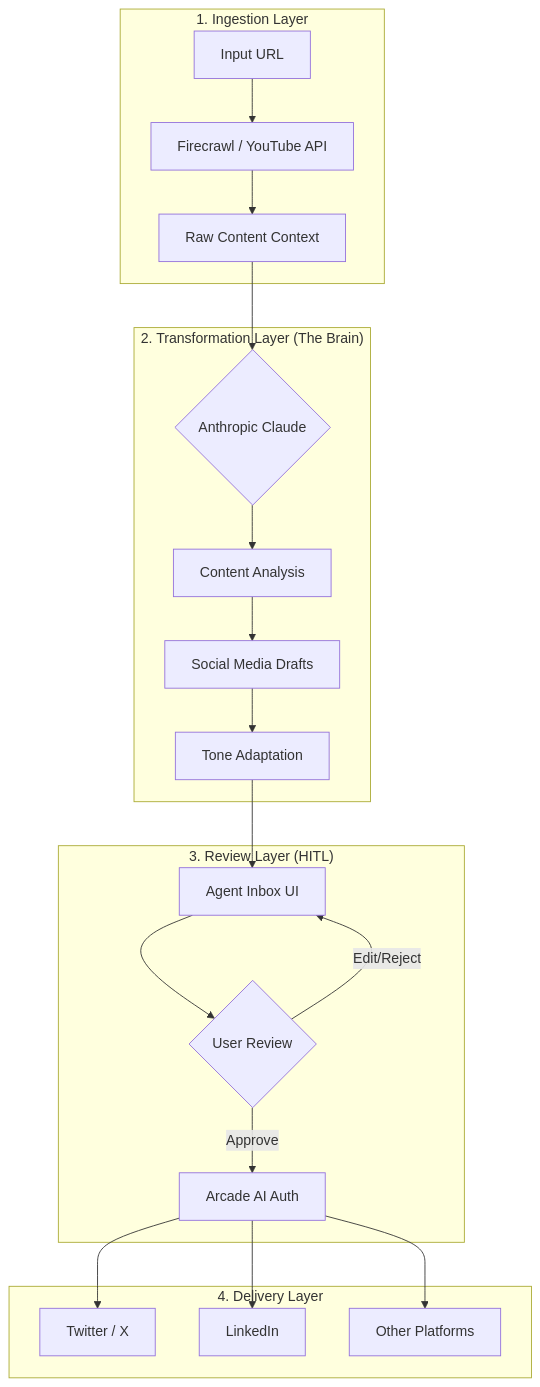
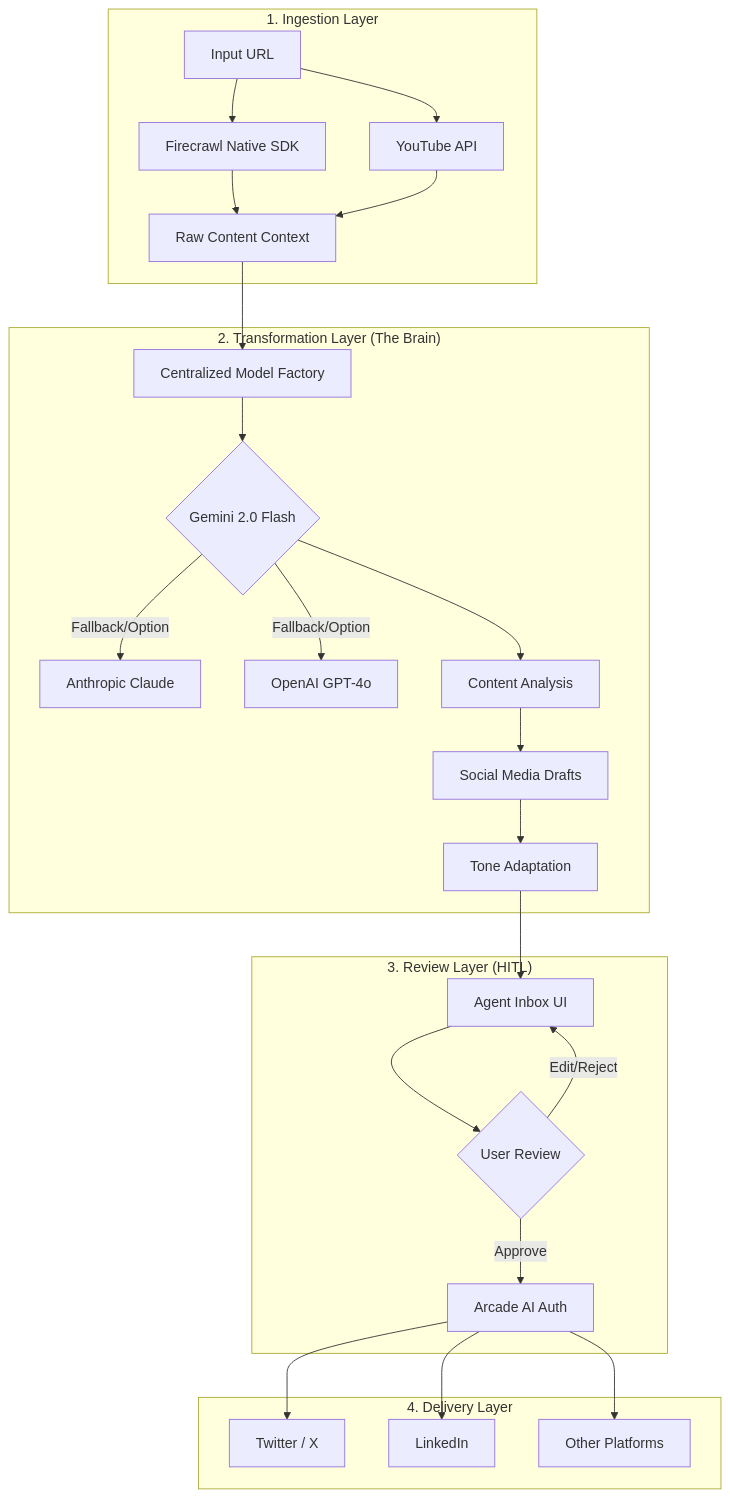
The diagram in README.md (Siddiqahmed26/Omni-Channel-Social-Agent), drawn with Mermaid before and after one commit. The commit also changed other lines of this file, not shown here.

Commit message:
docs: update README with Gemini 2.0 architecture and native Firecrawl details

````diff
--- a/README.md
+++ b/README.md
@@ -23,27 +23,32 @@
 ```mermaid
 graph TD
     subgraph "1. Ingestion Layer"
-        URL[Input URL] --> FC[Firecrawl / YouTube API]
+        URL[Input URL] --> FC[Firecrawl Native SDK]
+        URL --> YT[YouTube API]
         FC --> Context[Raw Content Context]
+        YT --> Context
     end
 
     subgraph "2. Transformation Layer (The Brain)"
-        Context --> LLM{Anthropic Claude}
+        Context --> Factory[Centralized Model Factory]
+        Factory --> LLM{Gemini 2.0 Flash}
+        LLM -- "Fallback/Option" --> Claude[Anthropic Claude]
+        LLM -- "Fallback/Option" --> GPT[OpenAI GPT-4o]
         LLM --> Analysis[Content Analysis]
         Analysis --> Draft[Social Media Drafts]
         Draft --> Tone[Tone Adaptation]
     end
 
     subgraph "3. Review Layer (HITL)"
         Tone --> Inbox[Agent Inbox UI]
         Inbox --> User{User Review}
         User -- "Edit/Reject" --> Inbox
         User -- "Approve" --> Arcade[Arcade AI Auth]
     end
 
     subgraph "4. Delivery Layer"
         Arcade --> X[Twitter / X]
         Arcade --> LI[LinkedIn]
         Arcade --> Other[Other Platforms]
     end
 ```
````
